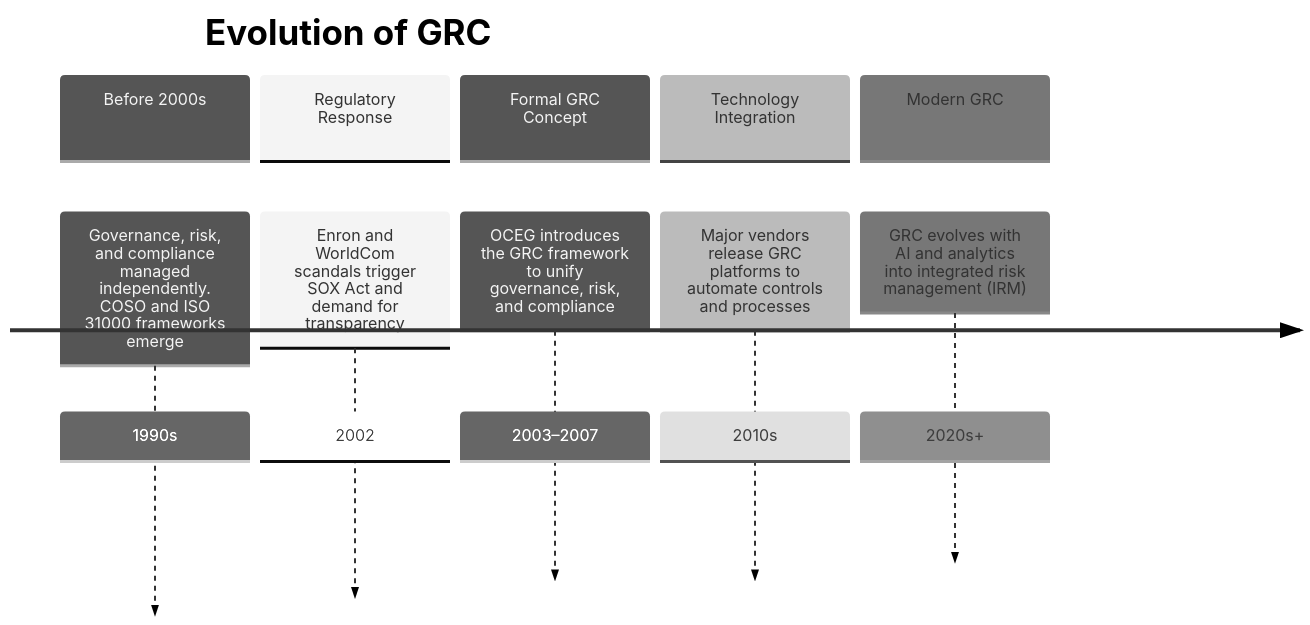
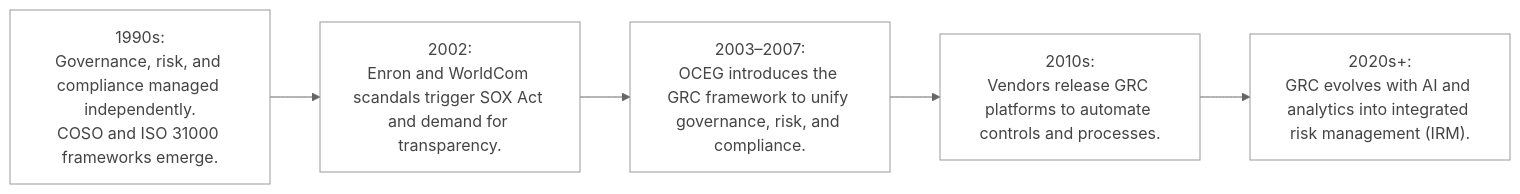
Before and after one commit to lorenzoleonelli/CISSP-Zero-to-Hero: the first of 2 diagrams in DOMAIN1: The Cybersecurity Manager/1.3 Evaluate, apply, and sustain security governance principles.md, drawn with Mermaid (neutral theme). The commit also changed other lines of this file, not shown here.

Commit message:
Update 1.3 Evaluate, apply, and sustain security governance principles.md

````diff
--- a/DOMAIN1: The Cybersecurity Manager/1.3 Evaluate, apply, and sustain security governance principles.md
+++ b/DOMAIN1: The Cybersecurity Manager/1.3 Evaluate, apply, and sustain security governance principles.md
@@ -18,19 +20,14 @@
 ```mermaid 
-timeline
-    title Evolution of GRC
+flowchart LR
+    T1["1990s:<br>Governance, risk, and compliance managed independently.<br>COSO and ISO 31000 frameworks emerge."]
+    T2["2002:<br>Enron and WorldCom scandals trigger SOX Act and demand for transparency."]
+    T3["2003–2007:<br>OCEG introduces the GRC framework to unify governance, risk, and compliance."]
+    T4["2010s:<br>Vendors release GRC platforms to automate controls and processes."]
+    T5["2020s+:<br>GRC evolves with AI and analytics into integrated risk management (IRM)."]
 
-    section Before 2000s
-        Governance, risk, and compliance managed independently. COSO and ISO 31000 frameworks emerge : 1990s
+    T1 --> T2 --> T3 --> T4 --> T5
 
-    section Regulatory Response
-        Enron and WorldCom scandals trigger SOX Act and demand for transparency : 2002
-
-    section Formal GRC Concept
-        OCEG introduces the GRC framework to unify governance, risk, and compliance : 2003–2007
-
-    section Technology Integration
-        Major vendors release GRC platforms to automate controls and processes : 2010s
-
-    section Modern GRC
-        GRC evolves with AI and analytics into integrated risk management (IRM) : 2020s+
+    %% Styling: white background, grey text and border
+    classDef bwStyle fill:#ffffff,color:#444,stroke:#999;
+    class T1,T2,T3,T4,T5 bwStyle;
 ```
````
